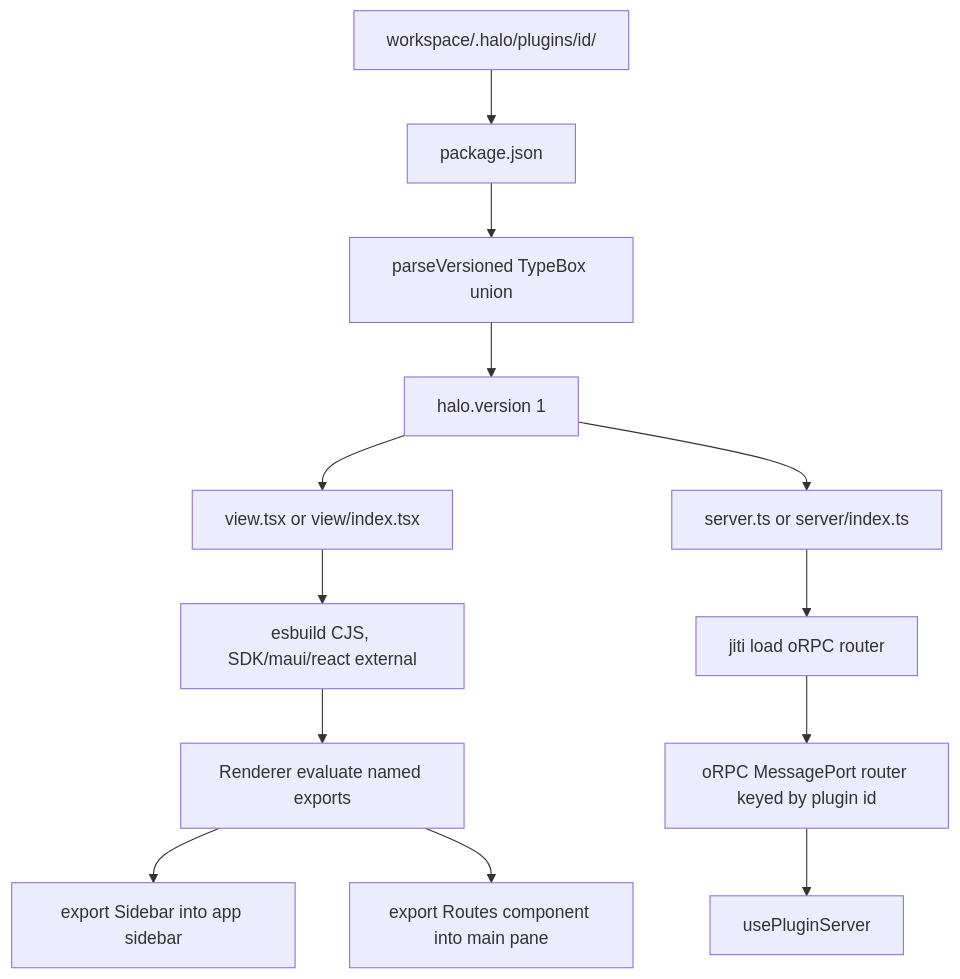
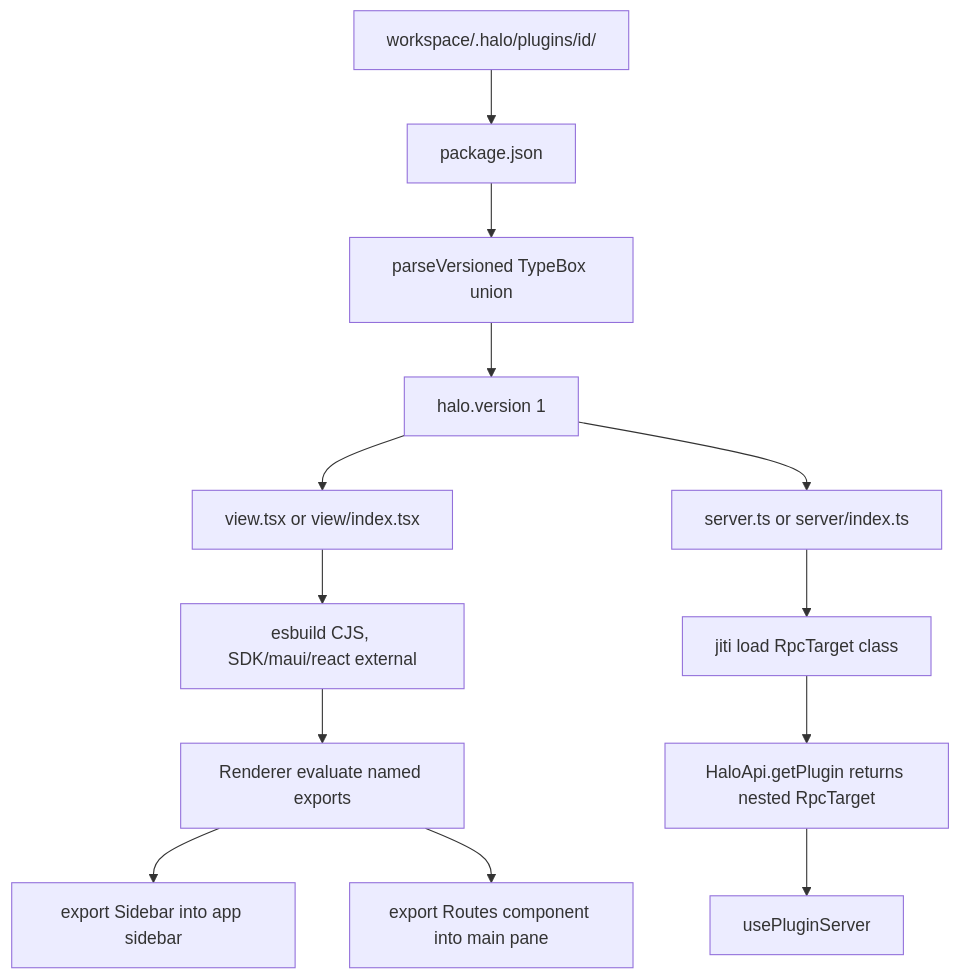
One commit to tanishqkancharla/halo-v2 changed the first of 2 diagrams in specs/plugin-system.md. Above: the diagram before and after it, drawn with Mermaid. The commit also changed other lines of this file and 18 other files, not shown here.

First line of the commit message:
Nest plugin servers as Cap'n Web RpcTargets on HaloApi.

````diff
--- a/specs/plugin-system.md
+++ b/specs/plugin-system.md
@@ -5,15 +5,15 @@
 ```mermaid
 flowchart TD
     Disk["workspace/.halo/plugins/id/"] --> Json["package.json"]
     Json --> Parse["parseVersioned TypeBox union"]
     Parse --> Manifest["halo.version 1"]
     Manifest --> ViewEntry["view.tsx or view/index.tsx"]
     Manifest --> ServerEntry["server.ts or server/index.ts"]
-    ServerEntry --> Jiti["jiti load oRPC router"]
+    ServerEntry --> Jiti["jiti load RpcTarget class"]
     ViewEntry --> Esbuild["esbuild CJS, SDK/maui/react external"]
     Esbuild --> Eval["Renderer evaluate named exports"]
-    Jiti --> Orpc["oRPC MessagePort router keyed by plugin id"]
+    Jiti --> Rpc["HaloApi.getPlugin returns nested RpcTarget"]
     Eval --> SidebarSlot["export Sidebar into app sidebar"]
     Eval --> RoutesSlot["export Routes component into main pane"]
-    Orpc --> Hooks["usePluginServer"]
+    Rpc --> Hooks["usePluginServer"]
 ```
````
